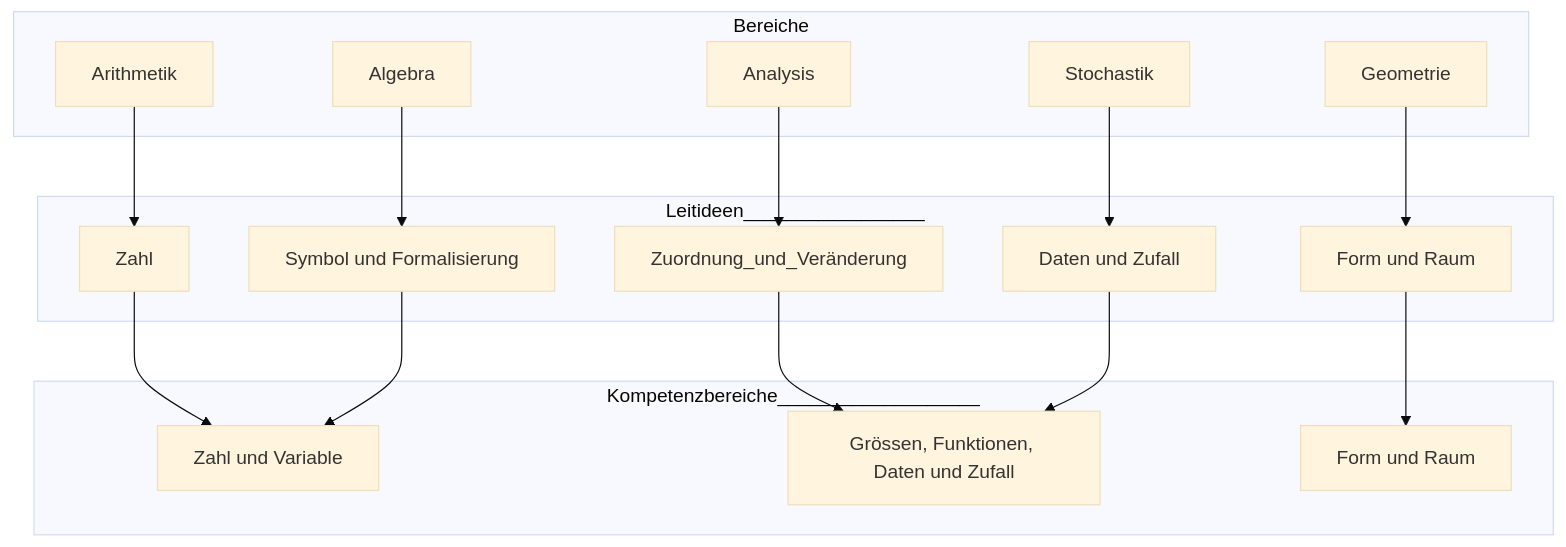
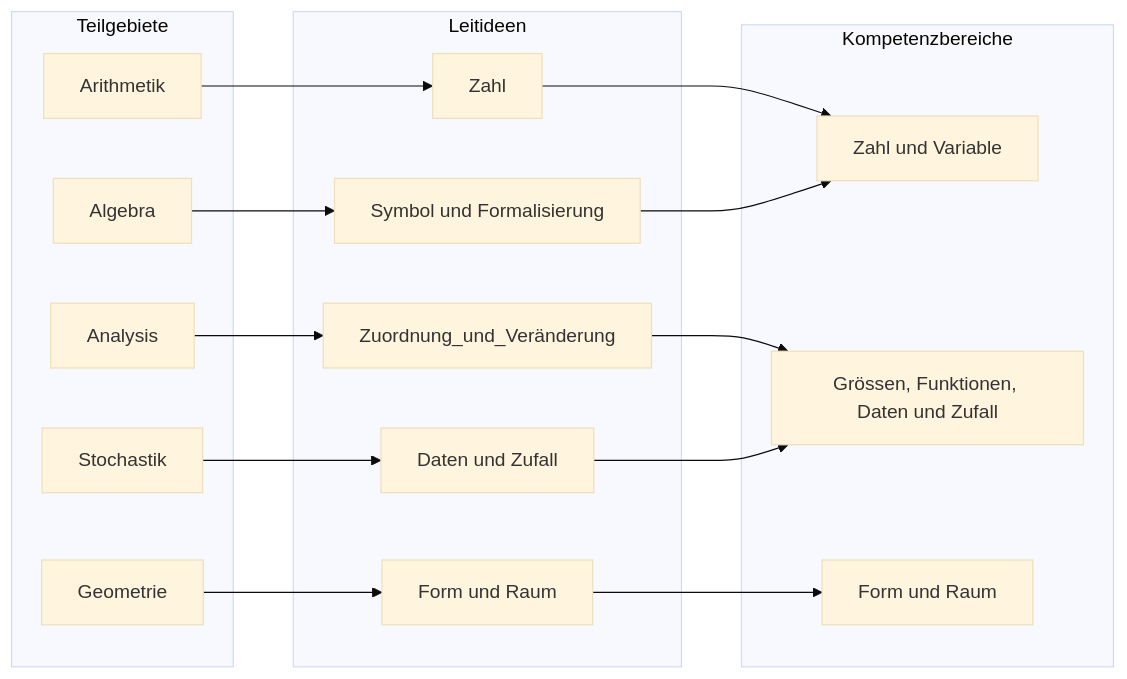
Before and after one commit to PHBern-RConrardy/lerngelegenheiten: the first of 2 diagrams in math_summative_praes/woche_03.qmd, drawn with Mermaid (base theme). The commit also changed other lines of this file and 12 other files, not shown here.

````diff
--- a/math_summative_praes/woche_03.qmd
+++ b/math_summative_praes/woche_03.qmd
@@ -48,47 +48,47 @@
 ```{mermaid}
-graph TD;
+graph LR;
   b1[Arithmetik];
   b2[Stochastik];
   b3[Geometrie];
   i5[Zahl];
   k1[Zahl und Variable];
   b4[Algebra];
   i1[Symbol und Formalisierung];
   b5[Analysis];
   i2[Zuordnung_und_Veränderung];
   i3[Daten und Zufall];
   i4[Form und Raum];
   k2[Grössen, Funktionen, Daten und Zufall];
   k3[Form und Raum];
   b1-->i5-->k1;
   b4-->i1-->k1;
   b5-->i2-->k2;
   b2-->i3-->k2;
   b3-->i4-->k3;
-  subgraph Bereiche
+  subgraph Teilgebiete
     b1;
     b2;
     b3;
     b4;
     b5;
   end
-  subgraph Leitideen_________________
+  subgraph Leitideen
     i1;
     i2;
     i3;
     i4;
     i5;
   end
-  subgraph K[Kompetenzbereiche___________________]
+  subgraph K[Kompetenzbereiche]
     k1;
     k2;
     k3;
   end
   
 classDef title font-size:14px
 classDef padding stroke:none,fill:none
 
 class main title
 class padding padding
   
 ```
````
